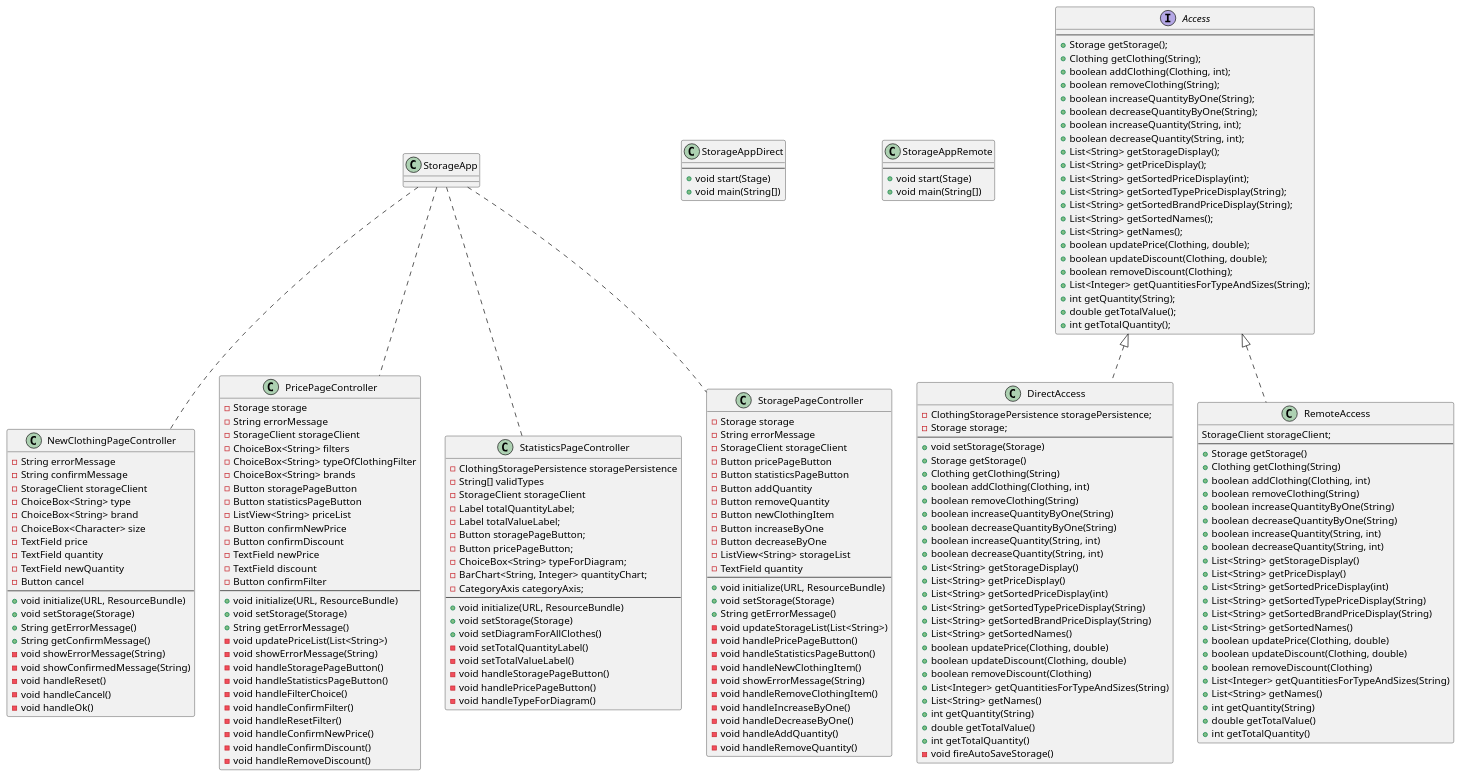
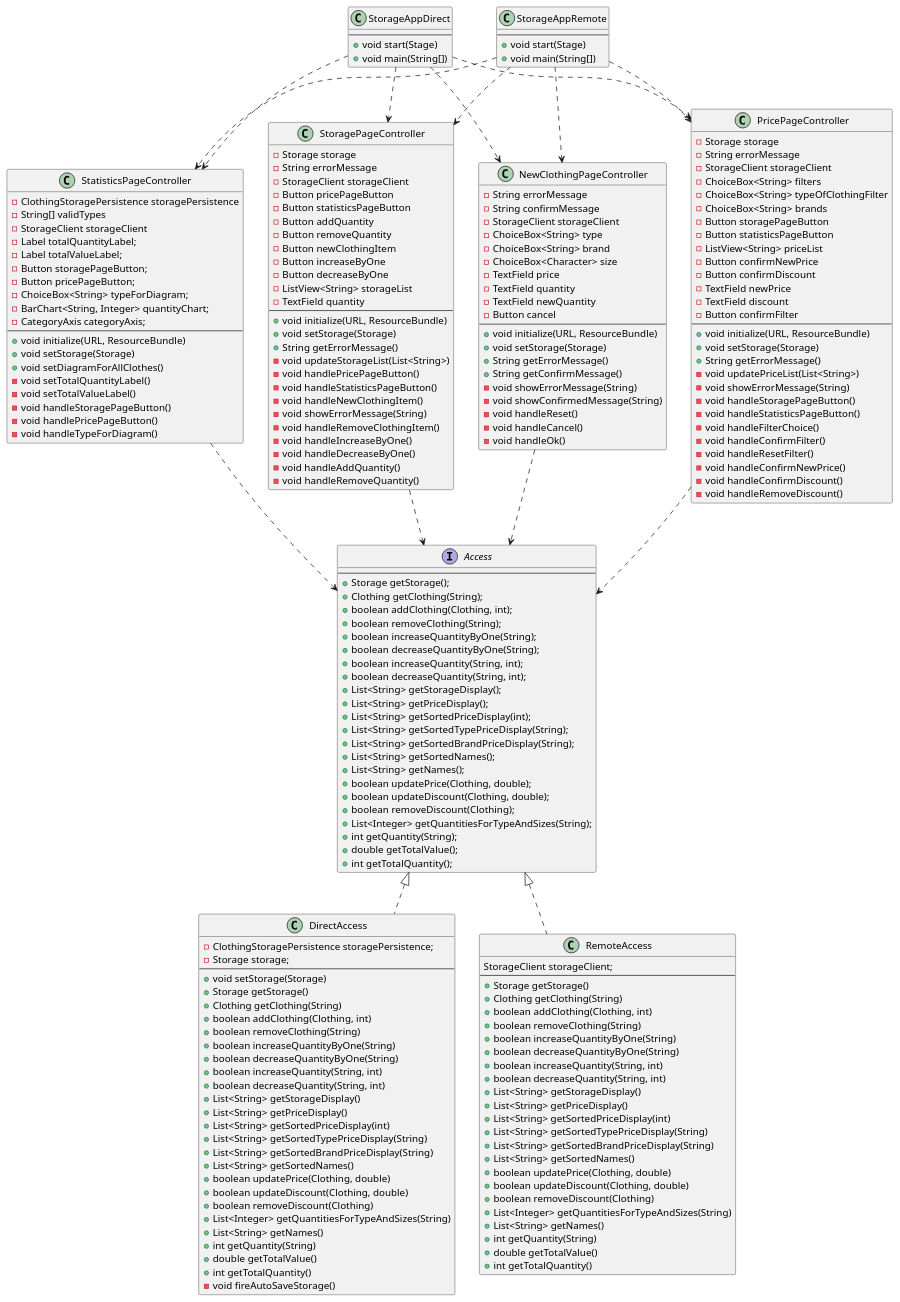
One commit to olejacobmellgren/clothingStorage changed the diagram in docs/release3/diagrams/uiClassDiagram.puml. Above: the diagram before and after it, drawn with PlantUML. The commit also changed 4 other files, not shown here.

First line of the commit message:
#39 Added dependencies to class diagrams

```diff
--- a/docs/release3/diagrams/uiClassDiagram.puml
+++ b/docs/release3/diagrams/uiClassDiagram.puml
@@ -211,11 +211,22 @@
     +int getTotalQuantity()
 }
 
-StorageApp .. NewClothingPageController
-StorageApp .. PricePageController
-StorageApp .. StatisticsPageController
-StorageApp .. StoragePageController
+StorageAppDirect ..> NewClothingPageController
+StorageAppDirect ..> PricePageController
+StorageAppDirect ..> StatisticsPageController
+StorageAppDirect ..> StoragePageController
+
+StorageAppRemote ..> NewClothingPageController
+StorageAppRemote ..> PricePageController
+StorageAppRemote ..> StatisticsPageController
+StorageAppRemote ..> StoragePageController
+
 Access <|.. DirectAccess
 Access <|.. RemoteAccess
 
+NewClothingPageController ..> Access
+PricePageController ..> Access
+StatisticsPageController ..> Access
+StoragePageController ..> Access
+
 @enduml
```
